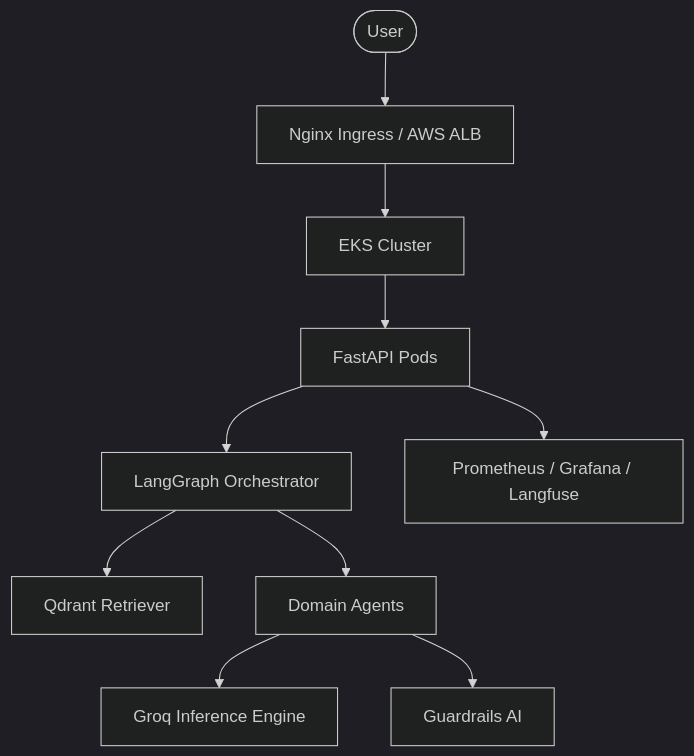
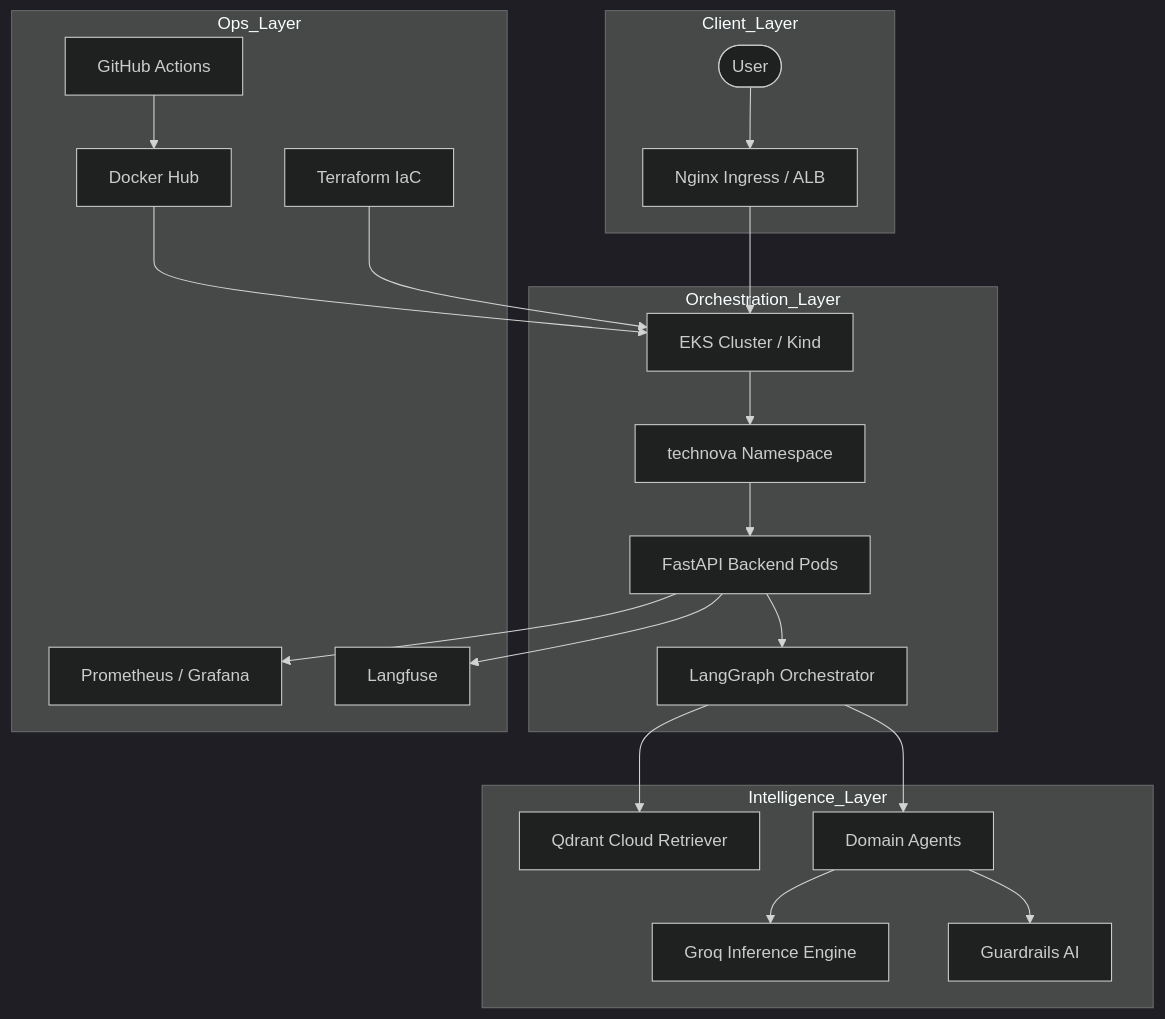
One commit to bittush8789/llmops-multi-agent-rag-chatbot changed the diagram in README.md. Above: the diagram before and after it, drawn with Mermaid (dark theme). The commit also changed other lines of this file, not shown here.

Commit message:
docs: add detailed tool commands and architecture diagram to README

````diff
--- a/README.md
+++ b/README.md
@@ -27,12 +11,28 @@
 ```mermaid
 graph TD
-    User([User]) --> Ingress[Nginx Ingress / AWS ALB]
-    Ingress --> K8s[EKS Cluster]
-    K8s --> Backend[FastAPI Pods]
-    Backend --> Graph[LangGraph Orchestrator]
-    Graph --> Retriever[Qdrant Retriever]
-    Graph --> Agents[Domain Agents]
-    Agents --> Groq[Groq Inference Engine]
-    Agents --> Guardrails[Guardrails AI]
-    Backend --> Monitoring[Prometheus / Grafana / Langfuse]
+    subgraph Client_Layer
+        User([User]) --> Ingress[Nginx Ingress / ALB]
+    end
+
+    subgraph Orchestration_Layer
+        Ingress --> K8s[EKS Cluster / Kind]
+        K8s --> NS[technova Namespace]
+        NS --> Pods[FastAPI Backend Pods]
+        Pods --> Graph[LangGraph Orchestrator]
+    end
+
+    subgraph Intelligence_Layer
+        Graph --> Retriever[Qdrant Cloud Retriever]
+        Graph --> Agents[Domain Agents]
+        Agents --> LLM[Groq Inference Engine]
+        Agents --> Guardrails[Guardrails AI]
+    end
+
+    subgraph Ops_Layer
+        Pods --> Metrics[Prometheus / Grafana]
+        Pods --> Traces[Langfuse]
+        GitHub[GitHub Actions] --> Docker[Docker Hub]
+        Docker --> K8s
+        Terraform[Terraform IaC] --> K8s
+    end
 ```
````
